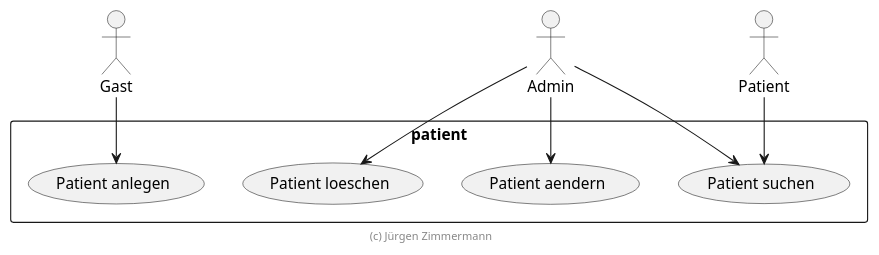
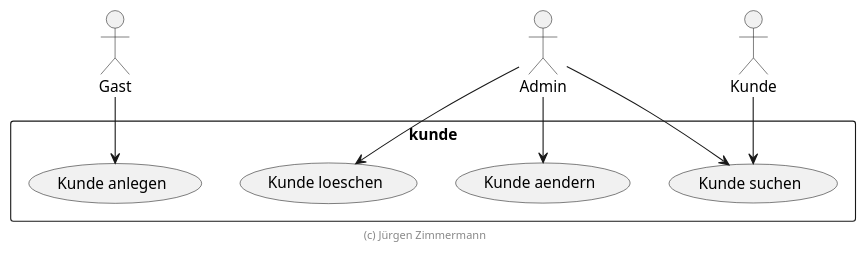
Before and after one commit to leonjungkind-cmyk/SWE_Abgabe_1: the diagram in docs/diagramme/src/use-cases.plantuml, drawn with PlantUML. The commit also changed 119 other files, not shown here.

```diff
--- a/docs/diagramme/src/use-cases.plantuml
+++ b/docs/diagramme/src/use-cases.plantuml
@@ -18,17 +18,17 @@
 @startuml Use Cases
 
 actor Gast
 actor Admin
-actor Patient
+actor Kunde
 
-rectangle patient {
-    Gast --> (Patient anlegen)
-    Admin --> (Patient suchen)
-    Admin --> (Patient aendern)
-    Admin --> (Patient loeschen)
-    Patient --> (Patient suchen)
+rectangle kunde {
+    Gast --> (Kunde anlegen)
+    Admin --> (Kunde suchen)
+    Admin --> (Kunde aendern)
+    Admin --> (Kunde loeschen)
+    Kunde --> (Kunde suchen)
 }
 
 footer (c) Jürgen Zimmermann
 
 @enduml
```
